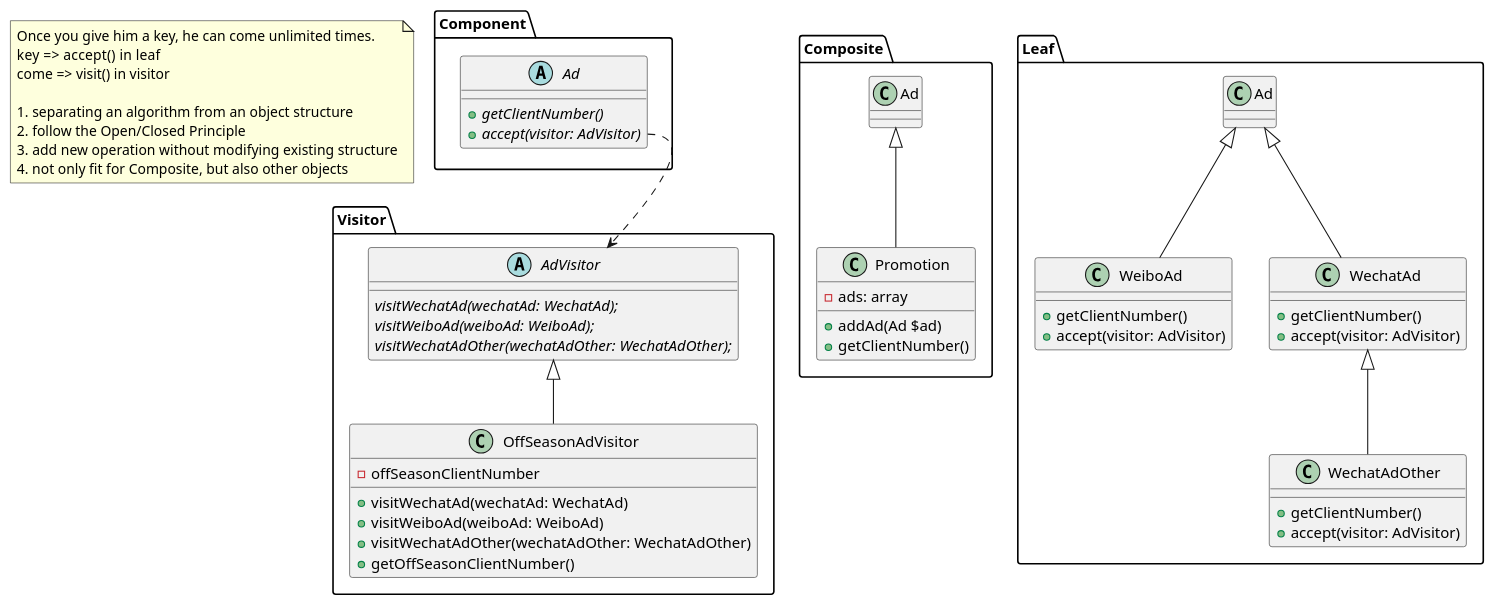
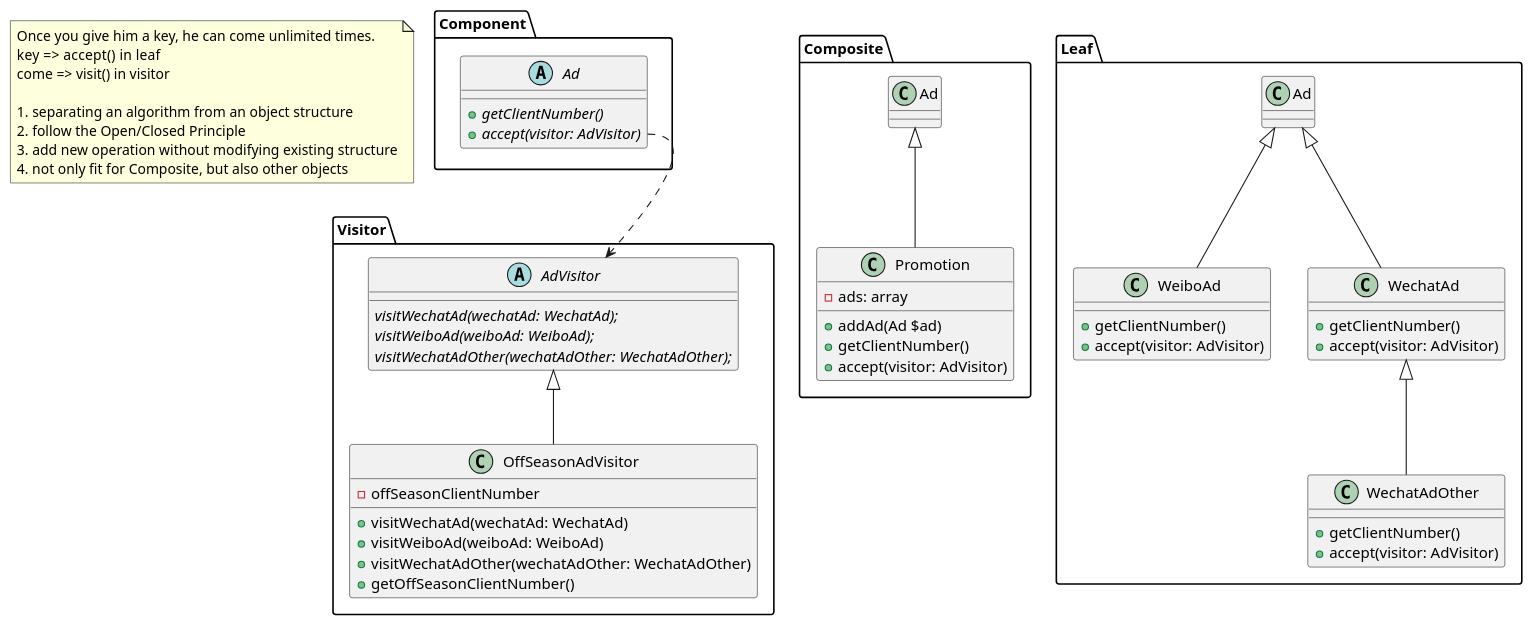
Before and after one commit to aspirantzhang/learning-design-pattern: the diagram in performing-tasks/visitor/uml.wsd, drawn with PlantUML.

Commit message:
refactor: improve uml of Visitor pattern

```diff
--- a/performing-tasks/visitor/uml.wsd
+++ b/performing-tasks/visitor/uml.wsd
@@ -1,62 +1,63 @@
 @startuml Visitor
 
 package Component {
     abstract class Ad {
         {abstract} +getClientNumber()
         {abstract} +accept(visitor: AdVisitor)
     }
 }
 package Visitor {
     abstract class AdVisitor {
         {abstract} visitWechatAd(wechatAd: WechatAd);
         {abstract} visitWeiboAd(weiboAd: WeiboAd);
         {abstract} visitWechatAdOther(wechatAdOther: WechatAdOther);
     }
     
     class OffSeasonAdVisitor extends AdVisitor {
         -offSeasonClientNumber
         +visitWechatAd(wechatAd: WechatAd)
         +visitWeiboAd(weiboAd: WeiboAd)
         +visitWechatAdOther(wechatAdOther: WechatAdOther)
         +getOffSeasonClientNumber()
     }
 }
 
 Ad::accept ..> AdVisitor
 
 package Composite {
     class Promotion extends Ad {
         -ads: array
         +addAd(Ad $ad)
         +getClientNumber()
+        +accept(visitor: AdVisitor)
     }
 }
 
 package Leaf {
     class WeiboAd extends Ad {
         +getClientNumber()
         +accept(visitor: AdVisitor)
     }
     class WechatAd extends Ad {
         +getClientNumber()
         +accept(visitor: AdVisitor)
     }
     class WechatAdOther extends WechatAd {
         +getClientNumber()
         +accept(visitor: AdVisitor)
     }
 }
 
 
 
 note as n1
     Once you give him a key, he can come unlimited times.
     key  => accept() in leaf
     come => visit() in visitor
 
     1. separating an algorithm from an object structure
     2. follow the Open/Closed Principle
     3. add new operation without modifying existing structure
     4. not only fit for Composite, but also other objects
 endnote
 @enduml
```
